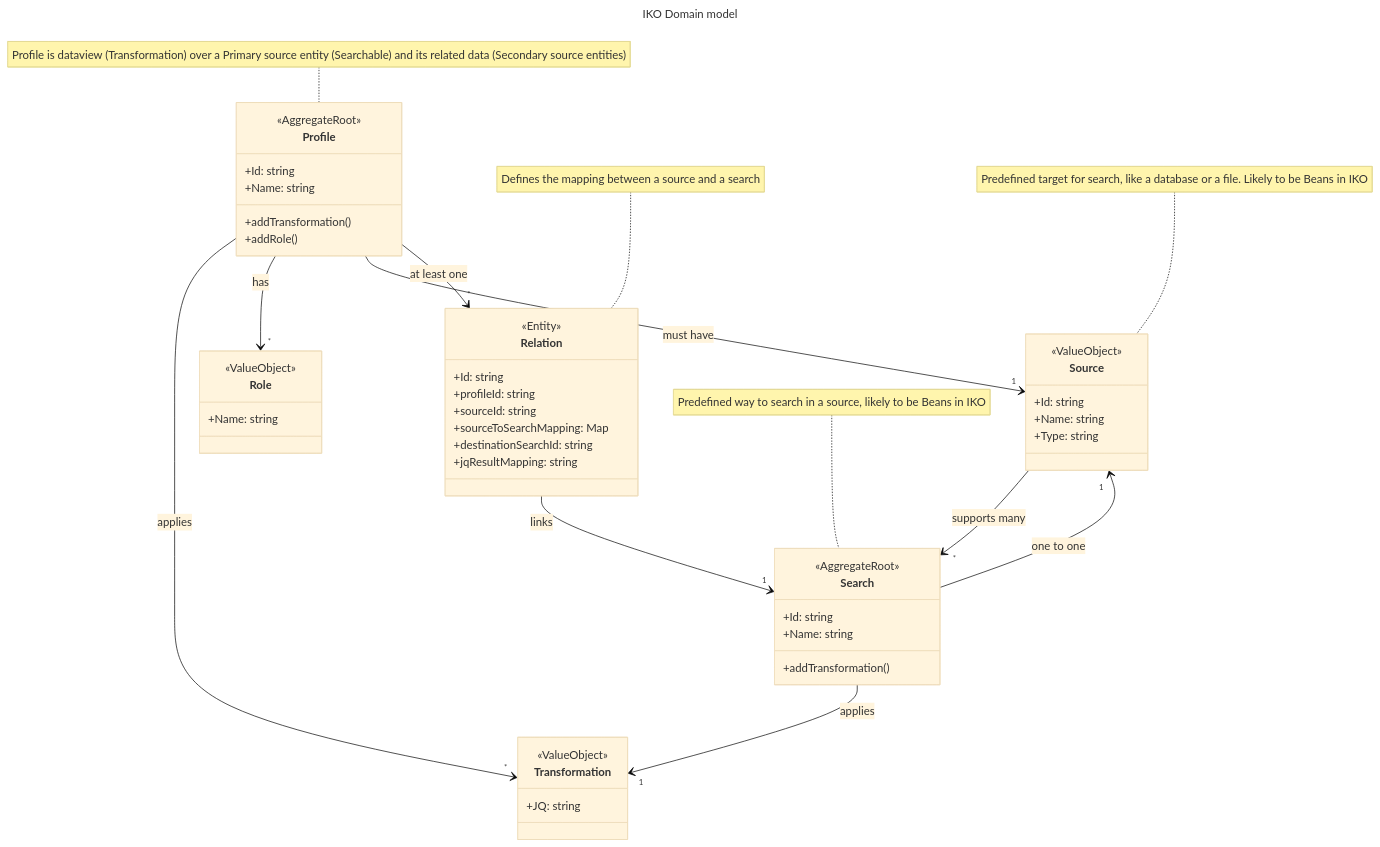
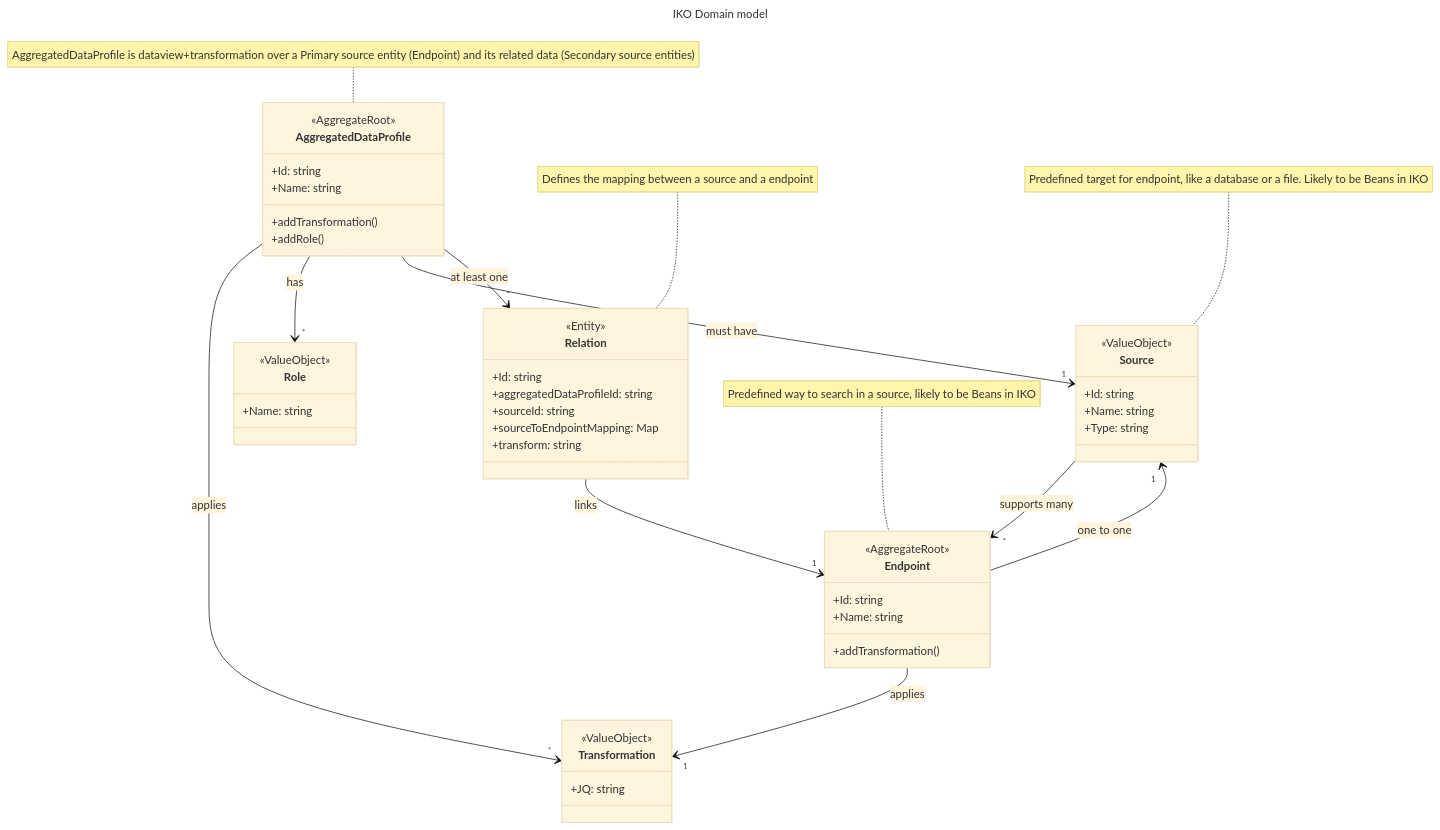
One commit to Integraal-Klant-en-Objectbeeld/iko changed the diagram in domain.mmd. Above: the diagram before and after it, drawn with Mermaid (base theme). The commit also changed 109 other files, not shown here.

First line of the commit message:
Feature/aggregated data profile renaming (#20)

```diff
--- a/domain.mmd
+++ b/domain.mmd
@@ -1,77 +1,76 @@
 ---
 title: IKO Domain model
 ---
 classDiagram
-    note for Relation "Defines the mapping between a source and a search"
-    note for Search "Predefined way to search in a source, likely to be Beans in IKO"
-    note for Profile "Profile is dataview (Transformation) over a Primary source entity (Searchable) and its related data (Secondary source entities)"
-    note for Source "Predefined target for search, like a database or a file. Likely to be Beans in IKO"
+    note for Relation "Defines the mapping between a source and a endpoint"
+    note for Endpoint "Predefined way to search in a source, likely to be Beans in IKO"
+    note for AggregatedDataProfile "AggregatedDataProfile is dataview+transformation over a Primary source entity (Endpoint) and its related data (Secondary source entities)"
+    note for Source "Predefined target for endpoint, like a database or a file. Likely to be Beans in IKO"
 
-    class Profile {
+    class AggregatedDataProfile {
         +Id: string
         +Name: string
         +addTransformation()
         +addRole()
     }
 
     class Role {
         +Name: string
     }
 
     class Transformation {
         +JQ: string
     }
 
-    class Search {
+    class Endpoint {
         +Id: string
         +Name: string
         +addTransformation()
     }
 
     class Relation {
         +Id: string
-        +profileId: string
+        +aggregatedDataProfileId: string
         +sourceId: string
-        +sourceToSearchMapping: Map<string, string>
-        +destinationSearchId: string
-        +jqResultMapping: string
+        +sourceToEndpointMapping: Map<string, string>
+        +transform: string
     }
 
     class Source {
         +Id: string
         +Name: string
         +Type: string
     }
 
-    Profile --> "*" Transformation: applies
-    Profile --> "*" Role: has
-    Profile --> "1" Source: must have
-    Profile --> "*" Relation: at least one
-    Search --> "1" Source: one to one
-    Source --> "*" Search: supports many
-    Search --> "1" Transformation: applies
-    Relation --> "1" Search: links
+    AggregatedDataProfile --> "*" Transformation: applies
+    AggregatedDataProfile --> "*" Role: has
+    AggregatedDataProfile --> "1" Source: must have
+    AggregatedDataProfile --> "*" Relation: at least one
+    Endpoint --> "1" Source: one to one
+    Source --> "*" Endpoint: supports many
+    Endpoint --> "1" Transformation: applies
+    Relation --> "1" Endpoint: links
 
-    class Profile {
+    class AggregatedDataProfile {
         <<AggregateRoot>>
     }
 
-    class Search {
+    class Endpoint {
         <<AggregateRoot>>
     }
 
     class Transformation {
         <<ValueObject>>
     }
 
     class Role {
         <<ValueObject>>
     }
 
     class Relation {
         <<Entity>>
     }
 
     class Source {
         <<ValueObject>>
     }
```
